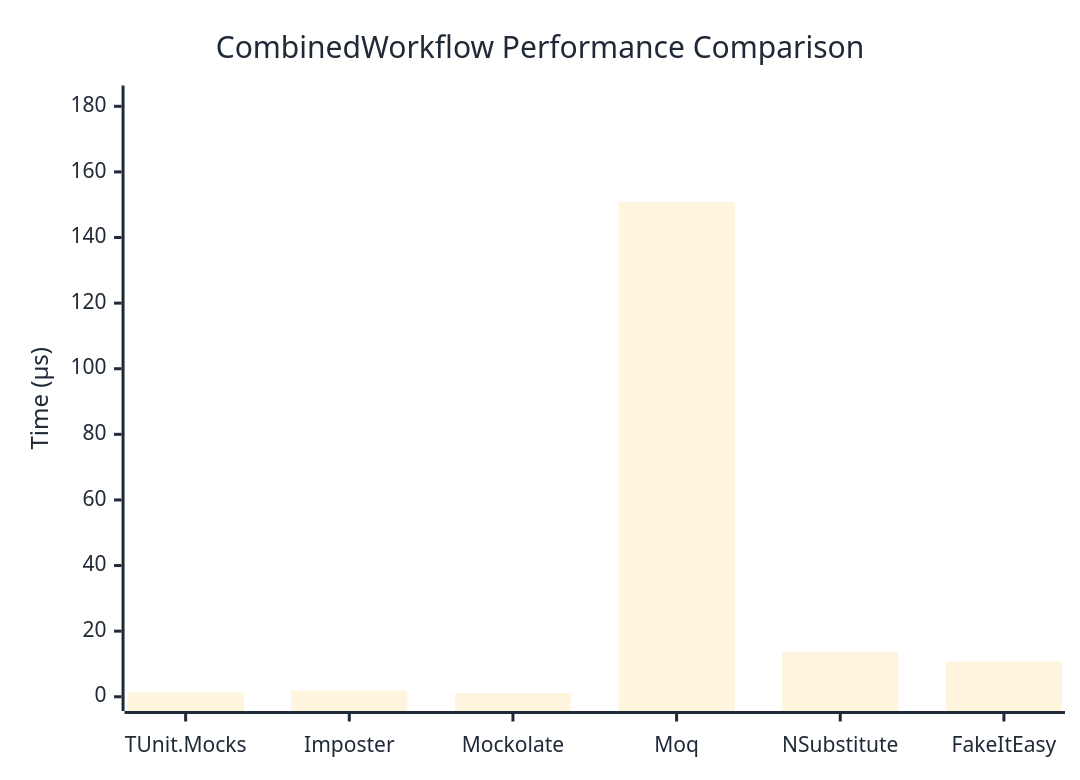
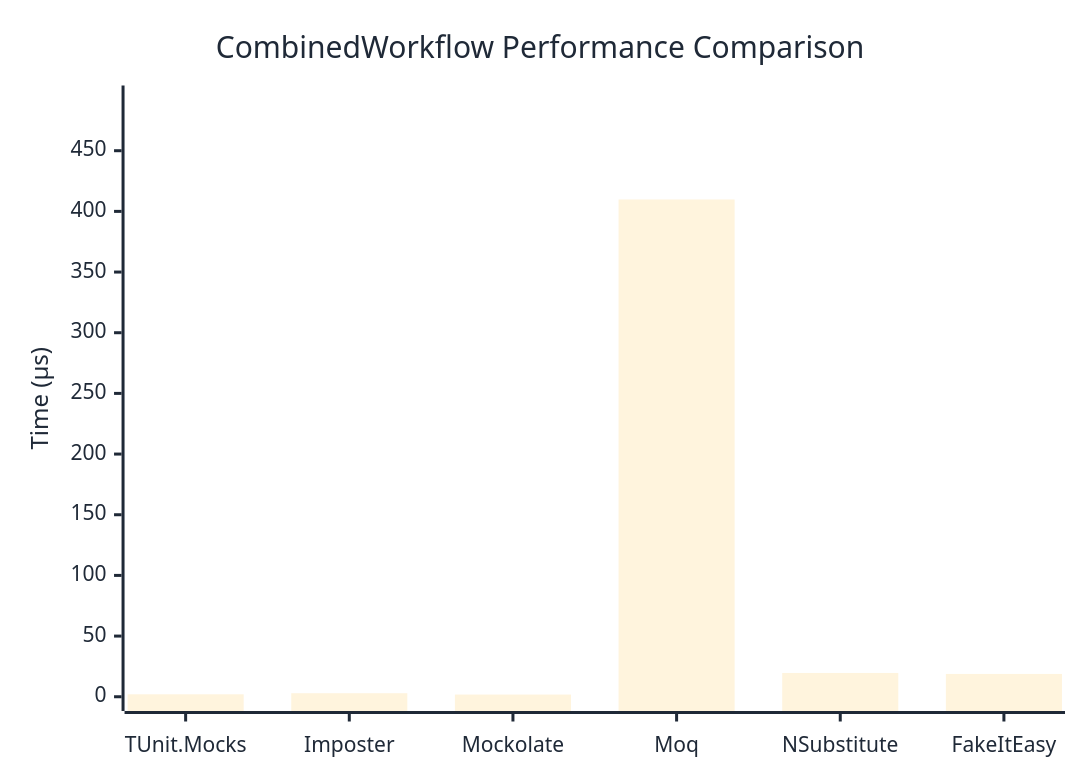
One commit to thomhurst/TUnit changed the diagram in docs/docs/benchmarks/mocks/CombinedWorkflow.md. Above: the diagram before and after it, drawn with Mermaid. The commit also changed other lines of this file and 14 other files, not shown here.

````diff
--- a/docs/docs/benchmarks/mocks/CombinedWorkflow.md
+++ b/docs/docs/benchmarks/mocks/CombinedWorkflow.md
@@ -30,27 +30,27 @@
 ```mermaid
 %%{init: {
   'theme':'base',
   'themeVariables': {
     'primaryColor': '#2563eb',
     'primaryTextColor': '#1f2937',
     'primaryBorderColor': '#1e40af',
     'lineColor': '#6b7280',
     'secondaryColor': '#7c3aed',
     'tertiaryColor': '#dc2626',
     'background': '#ffffff',
     'pie1': '#2563eb',
     'pie2': '#7c3aed',
     'pie3': '#dc2626',
     'pie4': '#f59e0b',
     'pie5': '#10b981',
     'pie6': '#06b6d4',
     'pie7': '#ec4899',
     'pie8': '#6366f1'
   }
 }}%%
 xychart-beta
   title "CombinedWorkflow Performance Comparison"
   x-axis ["TUnit.Mocks", "Imposter", "Mockolate", "Moq", "NSubstitute", "FakeItEasy"]
-  y-axis "Time (μs)" 0 --> 182
-  bar [1.341, 1.83, 1.123, 150.837, 13.613, 10.654]
+  y-axis "Time (μs)" 0 --> 492
+  bar [2.007, 2.913, 1.807, 409.808, 19.603, 18.798]
 ```
````
